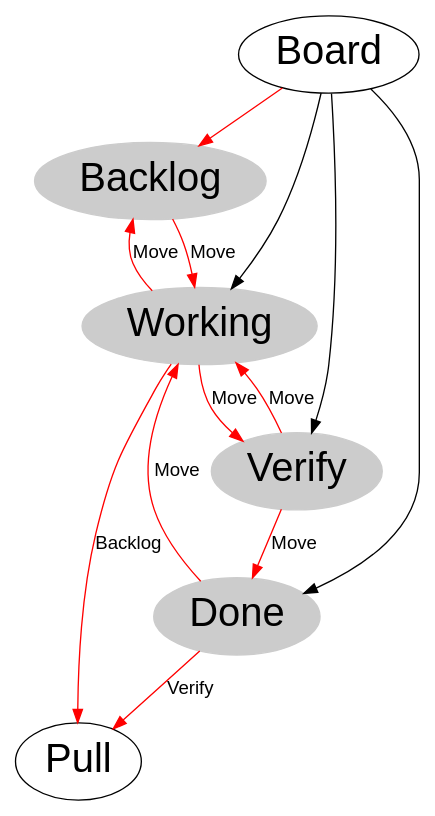
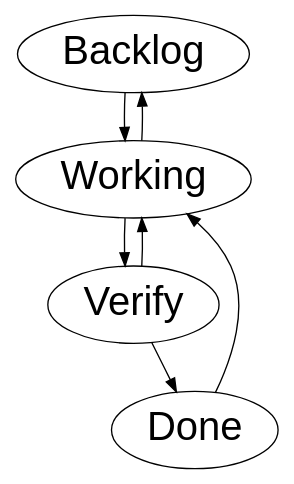
Before and after one commit to gustafnk/HTML-Hypermedia-APIs-and-Adaptive-Web-Design: the diagram in graphs/application.dot, drawn with Graphviz. The commit also changed 2 other files, not shown here.

```diff
--- a/graphs/application.dot
+++ b/graphs/application.dot
@@ -1,39 +1,41 @@
 digraph application {
   graph [fontname = "Liberation Sans"];
   edge [fontname = "Liberation Sans"];
   node [fontname = "Liberation Sans", fontsize = 30];
- 
+
+/* 
   "Backlog" [color="#cccccc", style="filled"];
   "Working" [color="#cccccc", style="filled"];
   "Verify" [color="#cccccc", style="filled"];
   "Done" [color="#cccccc", style="filled"];
 
   "Board" -> "Backlog" [color=red];
   "Board" -> "Working";
   "Board" -> "Verify";
   "Board" -> "Done";
+*/
 
 /*
   "Board" -> "Navigation";
   "Backlog" -> "Navigation";
   "Working" -> "Navigation";
   "Verify" -> "Navigation";
   "Done" -> "Navigation";
 
   "Navigation" -> "Board";
   "Navigation" -> "Backlog";
   "Navigation" -> "Working";
   "Navigation" -> "Verify";
   "Navigation" -> "Done";
 */
 
-  "Backlog" -> "Working" [label=Move color=red];
-  "Working" -> "Backlog" [label=Move color=red];
-  "Working" -> "Verify" [label=Move color=red];
-  "Verify" -> "Working" [label=Move color=red];
-  "Verify" -> "Done" [label=Move color=red];
-  "Done" -> "Working" [label=Move color=red];
+  "Backlog" -> "Working" // [label=Move color=red];
+  "Working" -> "Backlog" // [label=Move color=red];
+  "Working" -> "Verify" // [label=Move color=red];
+  "Verify" -> "Working" // [label=Move color=red];
+  "Verify" -> "Done" // [label=Move color=red];
+  "Done" -> "Working" // [label=Move color=red];
   
-  "Working" -> "Pull" [label=Backlog color=red];
-  "Done" -> "Pull" [label=Verify color=red];
+  //"Working" -> "Pull" [label=Backlog color=red];
+  //"Done" -> "Pull" [label=Verify color=red];
 }
```
